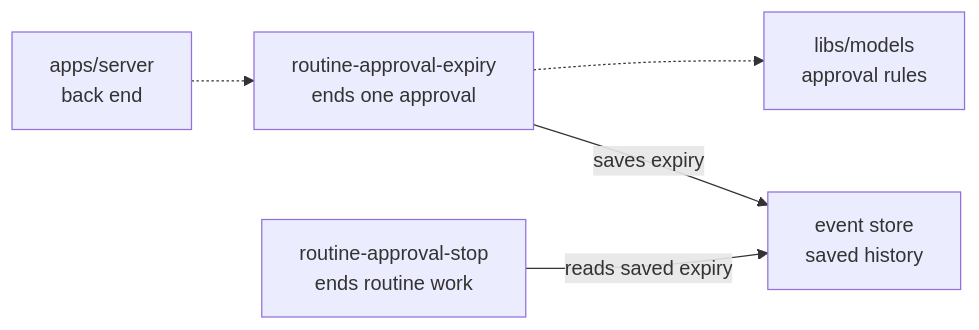
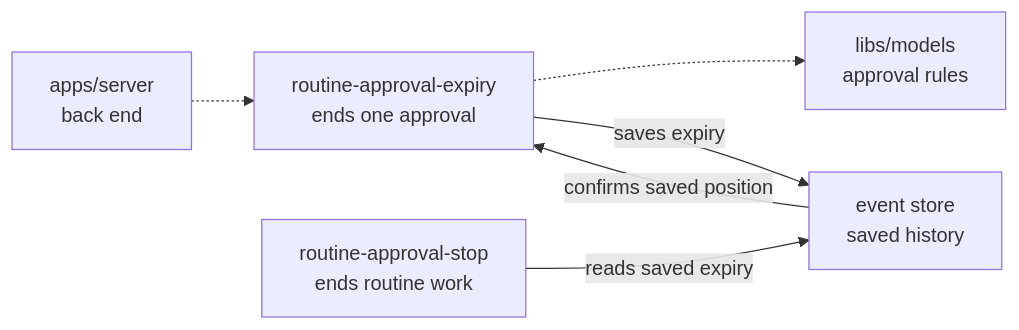
The diagram in docs/process/p4-24-pr13b/README.md (elewa-git/opencrane-new), drawn with Mermaid before and after one commit. The commit also changed other lines of this file and 3 other files, not shown here.

````diff
--- a/docs/process/p4-24-pr13b/README.md
+++ b/docs/process/p4-24-pr13b/README.md
@@ -14,7 +14,8 @@
 ```mermaid
 flowchart LR
   server["apps/server<br/>back end"] -.-> expiry["routine-approval-expiry<br/>ends one approval"]
   expiry -.-> models["libs/models<br/>approval rules"]
   expiry -->|saves expiry| events["event store<br/>saved history"]
+  events -->|confirms saved position| expiry
   stop["routine-approval-stop<br/>ends routine work"] -->|reads saved expiry| events
 ```
````
